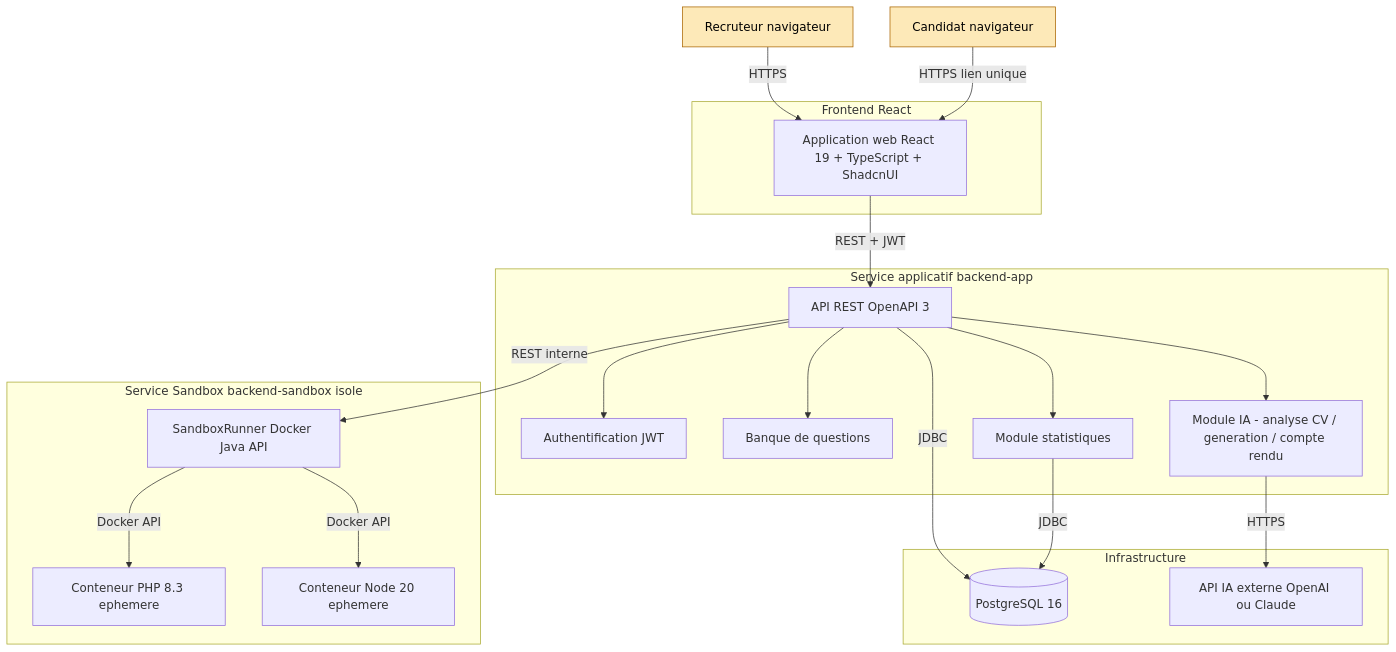
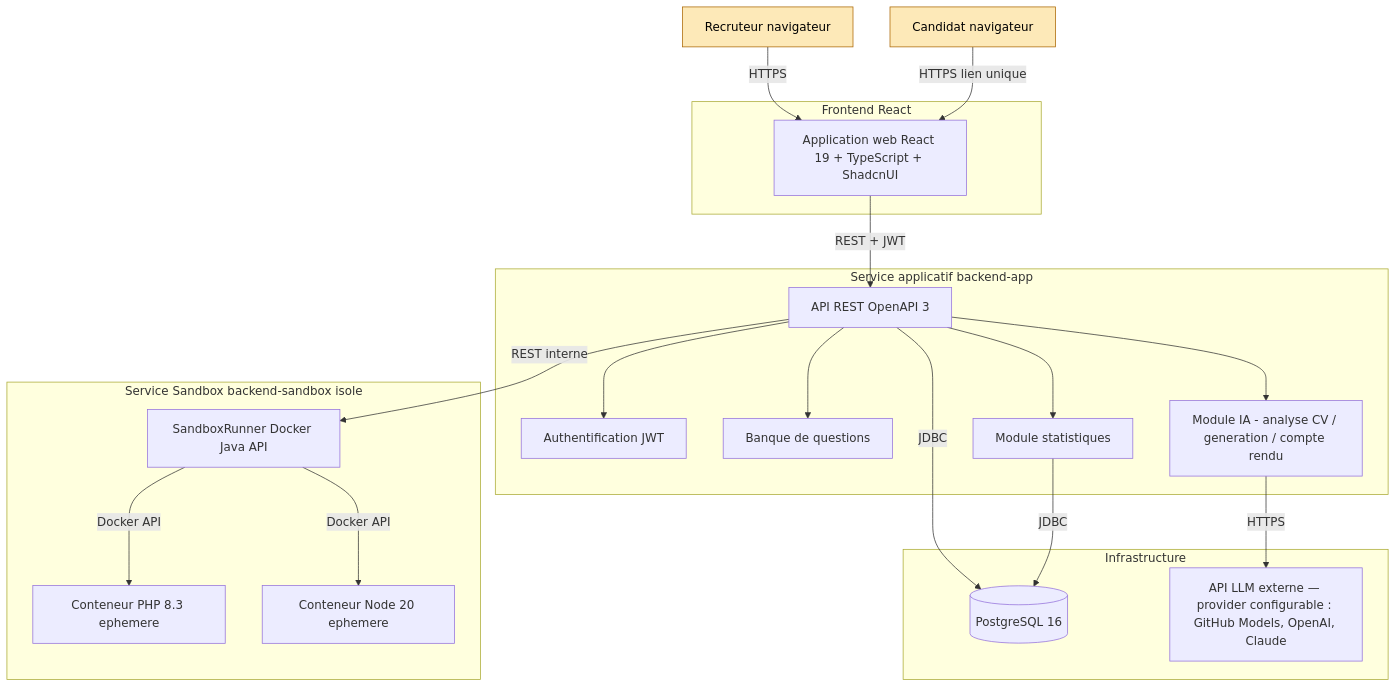
One commit to ainanyfitiagershom/skillforge-platform changed the first of 7 diagrams in docs/02-conception/conception.md. Above: the diagram before and after it, drawn with Mermaid. The commit also changed other lines of this file and 23 other files, not shown here.

````diff
--- a/docs/02-conception/conception.md
+++ b/docs/02-conception/conception.md
@@ -13,44 +13,44 @@
 ```mermaid
 flowchart TB
   Recruteur[Recruteur navigateur]:::user
   Candidat[Candidat navigateur]:::user
 
   subgraph Frontend [Frontend React]
     UI[Application web React 19 + TypeScript + ShadcnUI]
   end
 
   subgraph BackendApp [Service applicatif backend-app]
     Auth[Authentification JWT]
     Banque[Banque de questions]
     Llm[Module IA - analyse CV / generation / compte rendu]
     Stats[Module statistiques]
     Api[API REST OpenAPI 3]
   end
 
   subgraph BackendSandbox [Service Sandbox backend-sandbox isole]
     Runner[SandboxRunner Docker Java API]
     DockerPHP[Conteneur PHP 8.3 ephemere]
     DockerJS[Conteneur Node 20 ephemere]
   end
 
   subgraph Infra [Infrastructure]
     Postgres[(PostgreSQL 16)]
-    LlmExt[API IA externe OpenAI ou Claude]
+    LlmExt[API LLM externe — provider configurable : GitHub Models, OpenAI, Claude]
   end
 
   Recruteur -->|HTTPS| UI
   Candidat -->|HTTPS lien unique| UI
   UI -->|REST + JWT| Api
   Api --> Auth
   Api --> Banque
   Api --> Llm
   Api --> Stats
   Llm -->|HTTPS| LlmExt
   Api -->|JDBC| Postgres
   Stats -->|JDBC| Postgres
   Api -->|REST interne| Runner
   Runner -->|Docker API| DockerPHP
   Runner -->|Docker API| DockerJS
 
   classDef user fill:#fde9b8,stroke:#aa6500,color:#000
 ```
````
